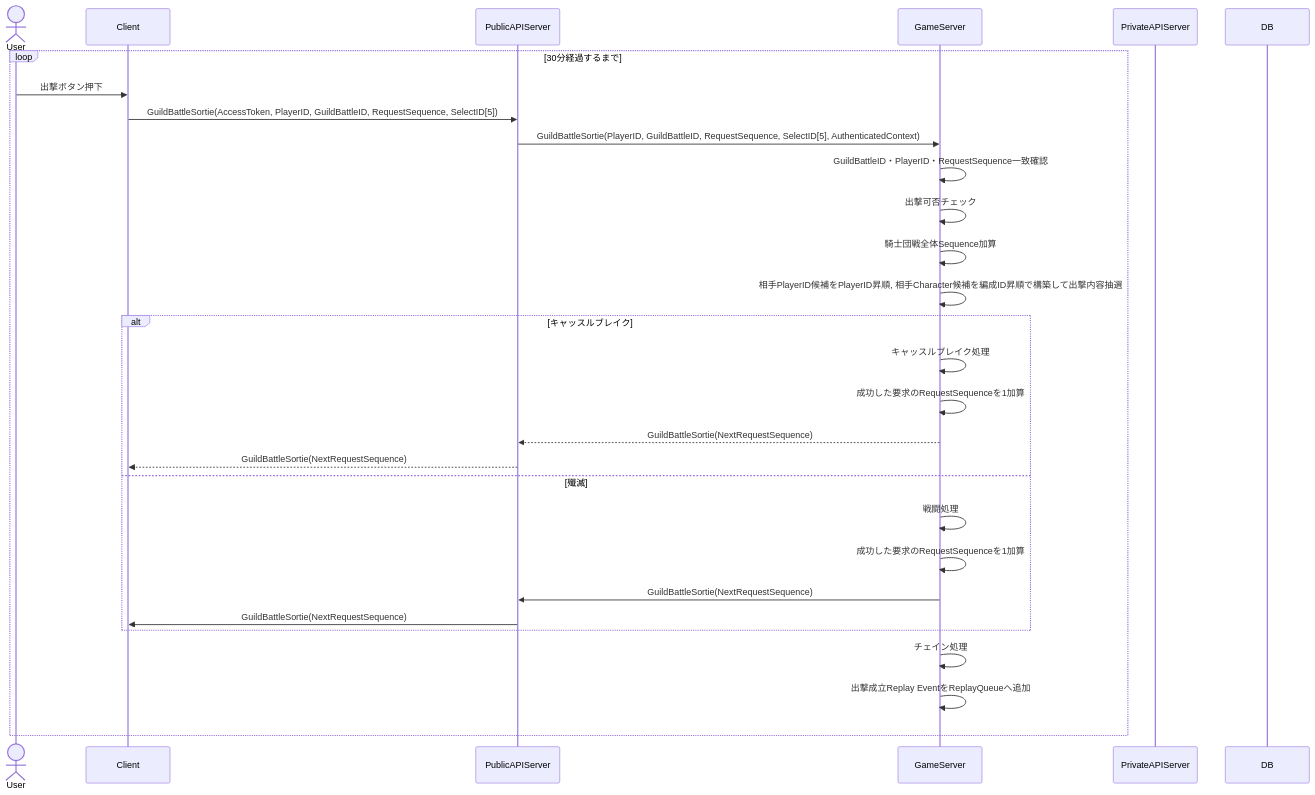
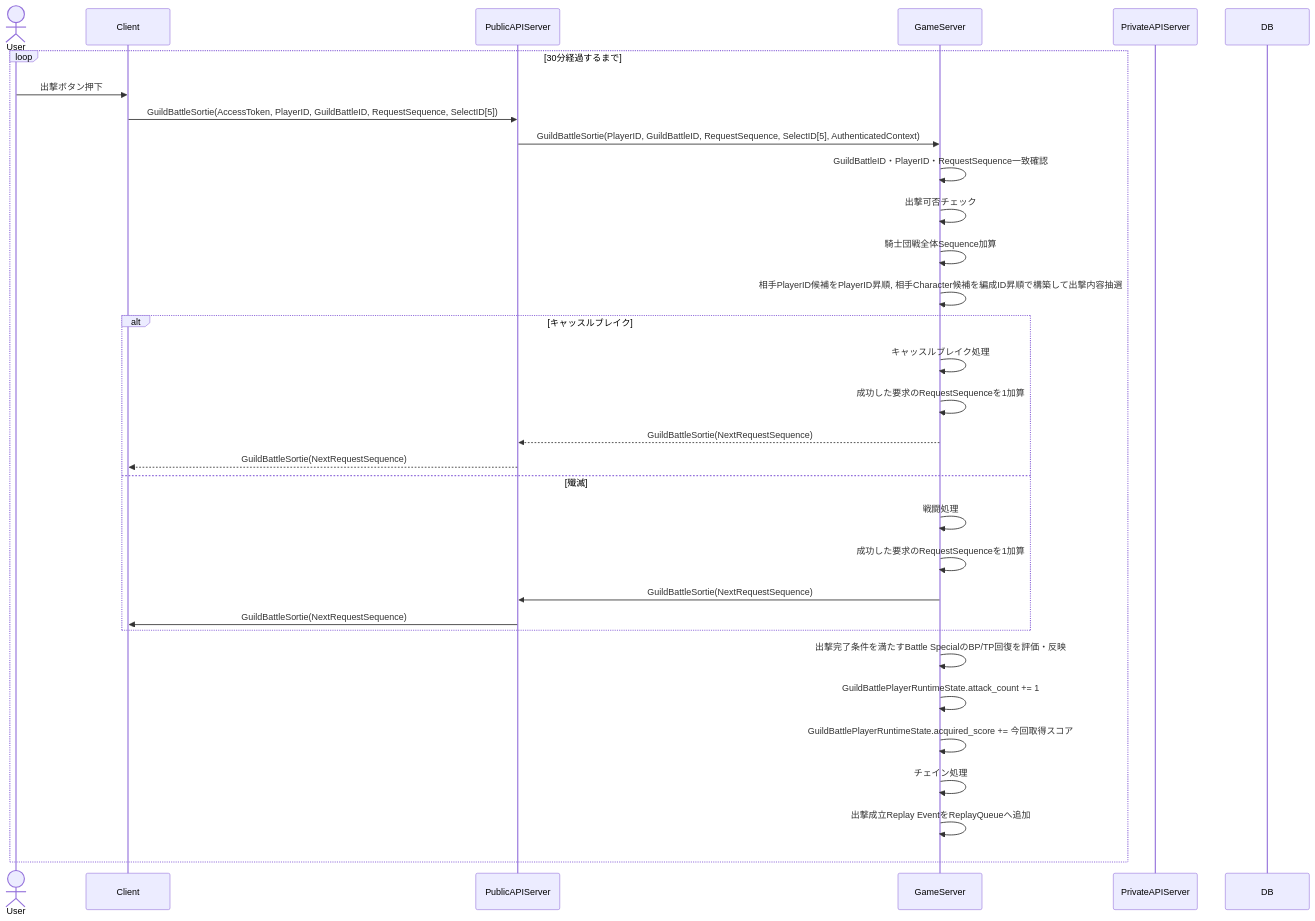
The fourth of 13 diagrams in design/server/guild_battle.md (ReHydrangeaOdyssey/Specifications), drawn with Mermaid before and after one commit. The commit also changed other lines of this file and 22 other files, not shown here.

````diff
--- a/design/server/guild_battle.md
+++ b/design/server/guild_battle.md
@@ -249,35 +249,38 @@
 ```mermaid
 sequenceDiagram
     actor User
     participant Client
     participant PublicAPIServer
     participant GameServer
     participant PrivateAPIServer
     participant DB
 
     loop 30分経過するまで
         User ->> Client: 出撃ボタン押下
         Client ->> PublicAPIServer: GuildBattleSortie(AccessToken, PlayerID, GuildBattleID, RequestSequence, SelectID[5])
         PublicAPIServer ->> GameServer: GuildBattleSortie(PlayerID, GuildBattleID, RequestSequence, SelectID[5], AuthenticatedContext)
         GameServer ->> GameServer: GuildBattleID・PlayerID・RequestSequence一致確認
         GameServer ->> GameServer: 出撃可否チェック
         GameServer ->> GameServer: 騎士団戦全体Sequence加算
         GameServer ->> GameServer: 相手PlayerID候補をPlayerID昇順, 相手Character候補を編成ID昇順で構築して出撃内容抽選
 
         alt キャッスルブレイク
             GameServer ->> GameServer: キャッスルブレイク処理
             GameServer->>GameServer: 成功した要求のRequestSequenceを1加算
             GameServer -->> PublicAPIServer: GuildBattleSortie(NextRequestSequence)
             PublicAPIServer -->> Client: GuildBattleSortie(NextRequestSequence)
         else 殲滅
             GameServer ->> GameServer: 戦闘処理
             GameServer->>GameServer: 成功した要求のRequestSequenceを1加算
             GameServer ->> PublicAPIServer: GuildBattleSortie(NextRequestSequence)
             PublicAPIServer ->> Client: GuildBattleSortie(NextRequestSequence)
         end
 
+        GameServer ->> GameServer: 出撃完了条件を満たすBattle SpecialのBP/TP回復を評価・反映
+        GameServer ->> GameServer: GuildBattlePlayerRuntimeState.attack_count += 1
+        GameServer ->> GameServer: GuildBattlePlayerRuntimeState.acquired_score += 今回取得スコア
         GameServer ->> GameServer: チェイン処理
 
         GameServer ->> GameServer: 出撃成立Replay EventをReplayQueueへ追加
     end
 ```
````
